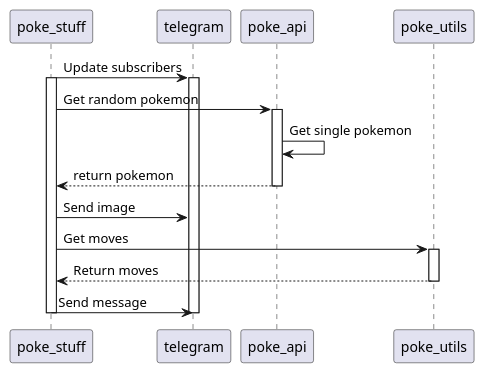
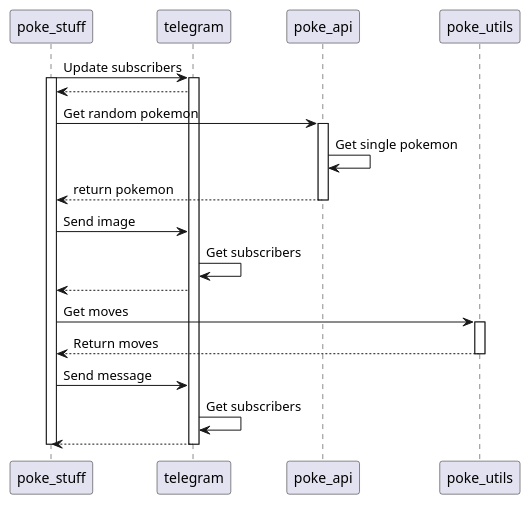
Before and after one commit to GRcwolf/Telegram-Poke-Data: the diagram in assets/src/sequence.plantuml, drawn with PlantUML. The commit also changed 2 other files, not shown here.

Commit message:
Updated sequences

```diff
--- a/assets/src/sequence.plantuml
+++ b/assets/src/sequence.plantuml
@@ -1,18 +1,23 @@
 @startuml
 poke_stuff -> telegram: Update subscribers
 activate poke_stuff
 activate telegram
+telegram --> poke_stuff
 poke_stuff -> poke_api: Get random pokemon
 activate poke_api
 poke_api -> poke_api: Get single pokemon
 poke_api --> poke_stuff: return pokemon
 deactivate poke_api
 poke_stuff -> telegram: Send image
+telegram -> telegram: Get subscribers
+telegram --> poke_stuff
 poke_stuff -> poke_utils: Get moves
 activate poke_utils
 poke_utils --> poke_stuff: Return moves
 deactivate poke_utils
 poke_stuff -> telegram: Send message
+telegram -> telegram: Get subscribers
+telegram --> poke_stuff
 deactivate telegram
 deactivate poke_stuff
 @enduml
```
